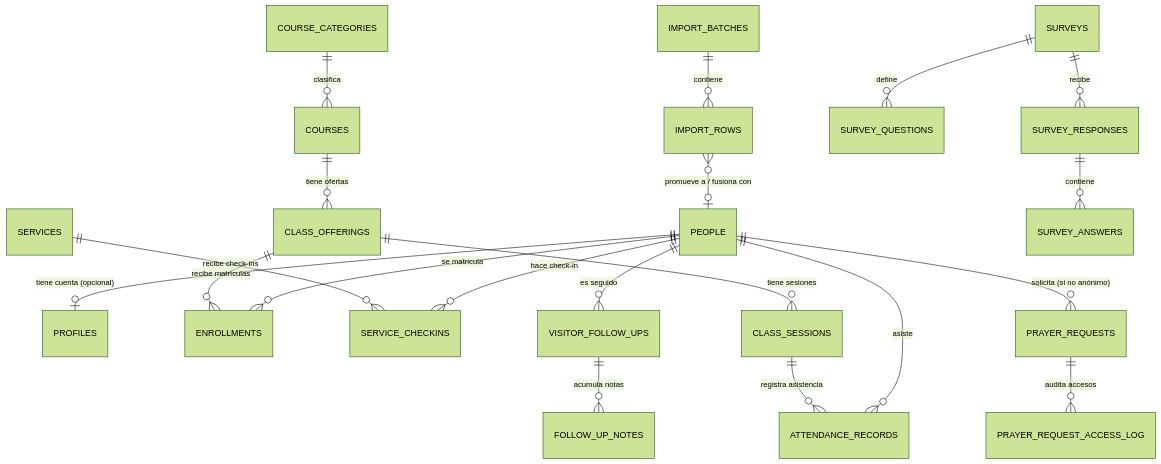
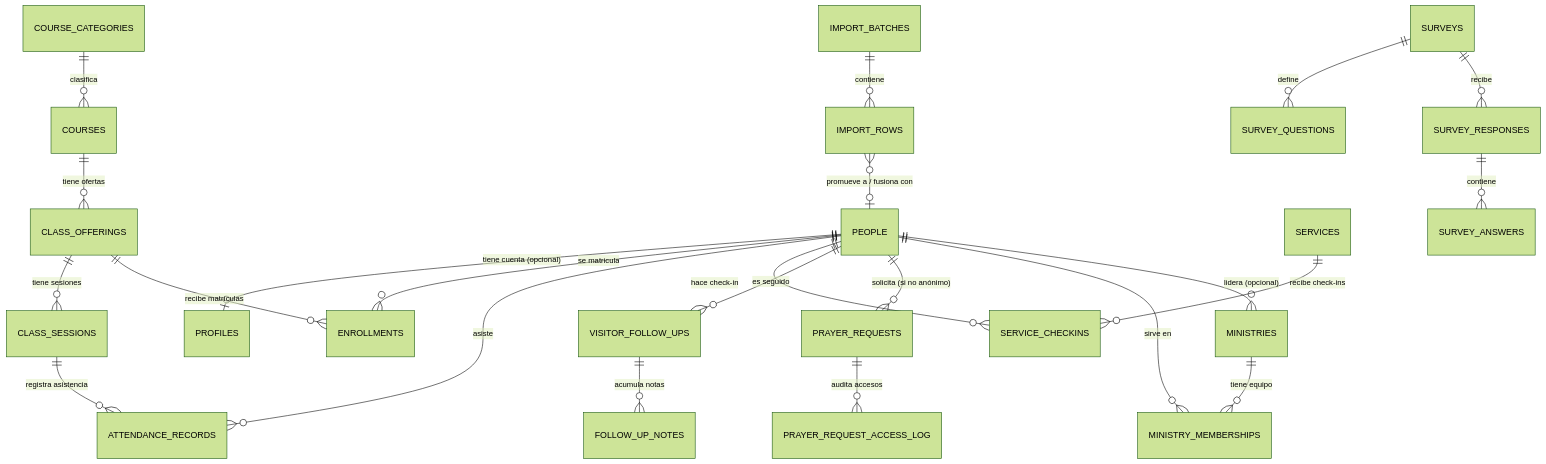
The diagram in docs/data-model.md (rcampos777/iglesia-app), drawn with Mermaid (forest theme) before and after one commit. The commit also changed other lines of this file and 24 other files, not shown here.

````diff
--- a/docs/data-model.md
+++ b/docs/data-model.md
@@ -9,28 +9,32 @@
 ```mermaid
 erDiagram
   PEOPLE ||--o| PROFILES : "tiene cuenta (opcional)"
   PEOPLE ||--o{ ENROLLMENTS : "se matricula"
   PEOPLE ||--o{ ATTENDANCE_RECORDS : "asiste"
   PEOPLE ||--o{ SERVICE_CHECKINS : "hace check-in"
   PEOPLE ||--o{ VISITOR_FOLLOW_UPS : "es seguido"
   PEOPLE ||--o{ PRAYER_REQUESTS : "solicita (si no anónimo)"
+  PEOPLE ||--o{ MINISTRY_MEMBERSHIPS : "sirve en"
+  PEOPLE ||--o{ MINISTRIES : "lidera (opcional)"
+
+  MINISTRIES ||--o{ MINISTRY_MEMBERSHIPS : "tiene equipo"
 
   COURSE_CATEGORIES ||--o{ COURSES : clasifica
   COURSES ||--o{ CLASS_OFFERINGS : "tiene ofertas"
   CLASS_OFFERINGS ||--o{ CLASS_SESSIONS : "tiene sesiones"
   CLASS_OFFERINGS ||--o{ ENROLLMENTS : "recibe matrículas"
   CLASS_SESSIONS ||--o{ ATTENDANCE_RECORDS : "registra asistencia"
 
   SERVICES ||--o{ SERVICE_CHECKINS : "recibe check-ins"
 
   VISITOR_FOLLOW_UPS ||--o{ FOLLOW_UP_NOTES : "acumula notas"
 
   PRAYER_REQUESTS ||--o{ PRAYER_REQUEST_ACCESS_LOG : "audita accesos"
 
   IMPORT_BATCHES ||--o{ IMPORT_ROWS : contiene
   IMPORT_ROWS }o--o| PEOPLE : "promueve a / fusiona con"
 
   SURVEYS ||--o{ SURVEY_QUESTIONS : define
   SURVEYS ||--o{ SURVEY_RESPONSES : recibe
   SURVEY_RESPONSES ||--o{ SURVEY_ANSWERS : contiene
 ```
````
